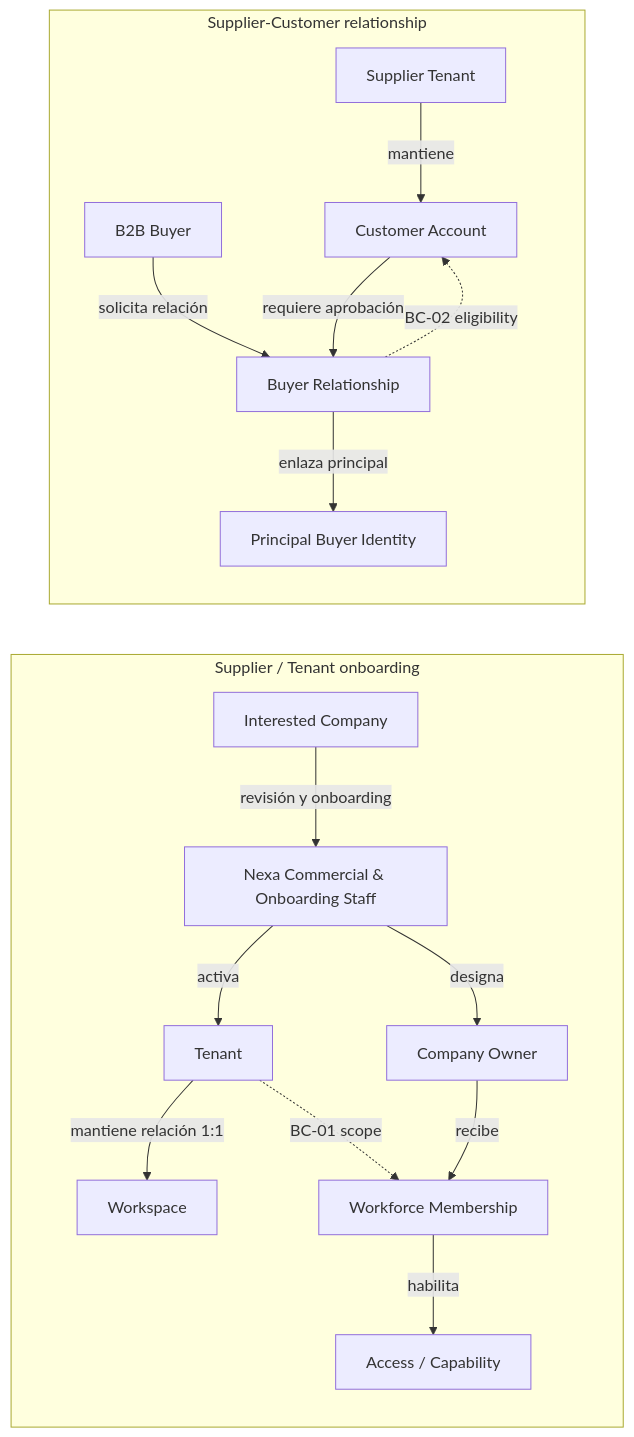
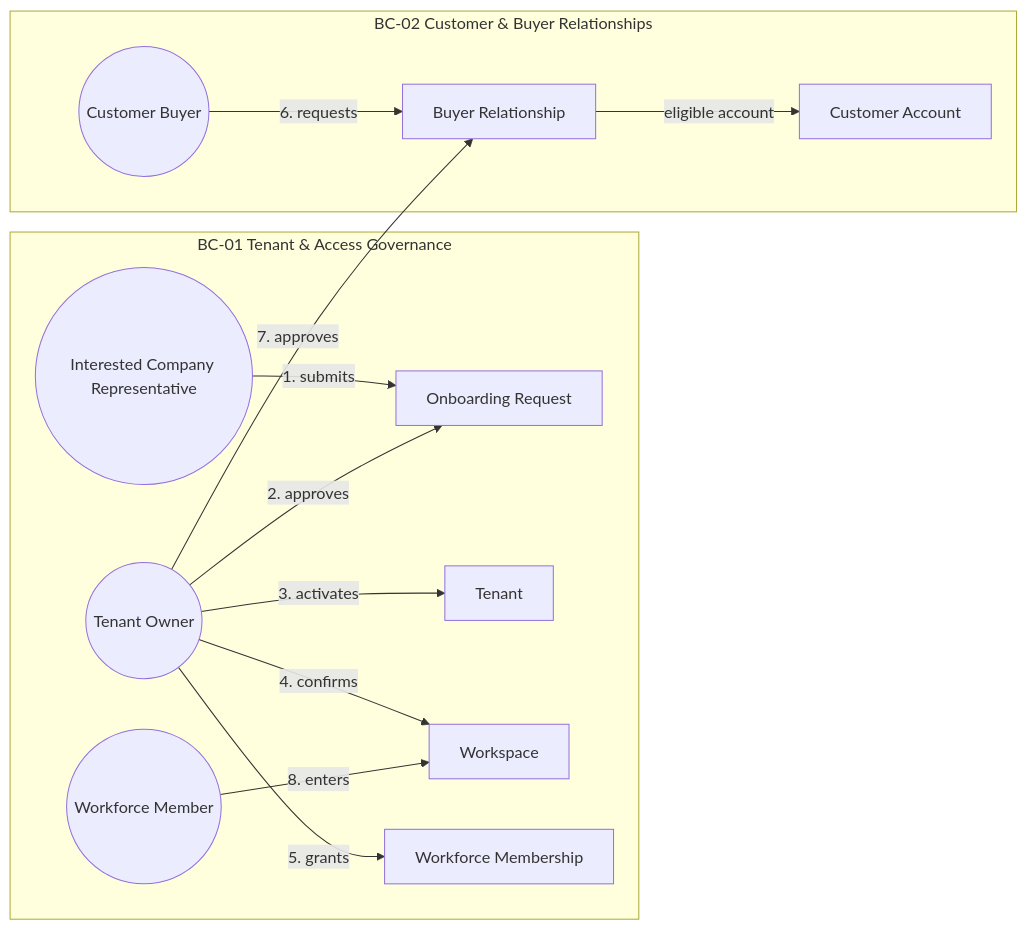
Before and after one commit to nexa-suite/mobile-report: the first of 5 diagrams in report/02-requirements-and-software-solution-design/2.5-strategic-level-domain-driven-design/2.5.1-eventstorming/2.5.1.2-domain-message-flows-modeling.md, drawn with Mermaid. The commit also changed other lines of this file and 41 other files, not shown here.

````diff
--- a/report/02-requirements-and-software-solution-design/2.5-strategic-level-domain-driven-design/2.5.1-eventstorming/2.5.1.2-domain-message-flows-modeling.md
+++ b/report/02-requirements-and-software-solution-design/2.5-strategic-level-domain-driven-design/2.5.1-eventstorming/2.5.1.2-domain-message-flows-modeling.md
@@ -33,19 +34,26 @@
-~~~mermaid
+```mermaid
 flowchart LR
-  subgraph A["Supplier / Tenant onboarding"]
-    prospect["Interested Company"] -->|revisión y onboarding| staff["Nexa Commercial & Onboarding Staff"]
-    staff -->|activa| tenant["Tenant"]
-    tenant -->|mantiene relación 1:1| workspace["Workspace"]
-    staff -->|designa| owner["Company Owner"]
-    owner -->|recibe| membership["Workforce Membership"]
-    membership -->|habilita| access["Access / Capability"]
+  subgraph access["BC-01 Tenant & Access Governance"]
+    rep((Interested Company Representative))
+    owner((Tenant Owner))
+    member((Workforce Member))
+    onboarding[Onboarding Request]
+    tenant[Tenant]
+    workspace[Workspace]
+    membership[Workforce Membership]
   end
-  subgraph B["Supplier-Customer relationship"]
-    tenant2["Supplier Tenant"] -->|mantiene| account["Customer Account"]
-    buyer["B2B Buyer"] -->|solicita relación| relationship["Buyer Relationship"]
-    account -->|requiere aprobación| relationship
-    relationship -->|enlaza principal| identity["Principal Buyer Identity"]
+  subgraph relationships["BC-02 Customer & Buyer Relationships"]
+    buyer((Customer Buyer))
+    account[Customer Account]
+    relationship[Buyer Relationship]
   end
-  tenant -.->|BC-01 scope| membership
-  relationship -.->|BC-02 eligibility| account
-~~~
+  rep -->|1. submits| onboarding
+  owner -->|2. approves| onboarding
+  owner -->|3. activates| tenant
+  owner -->|4. confirms| workspace
+  owner -->|5. grants| membership
+  buyer -->|6. requests| relationship
+  owner -->|7. approves| relationship
+  member -->|8. enters| workspace
+  relationship -->|eligible account| account
+```
````
